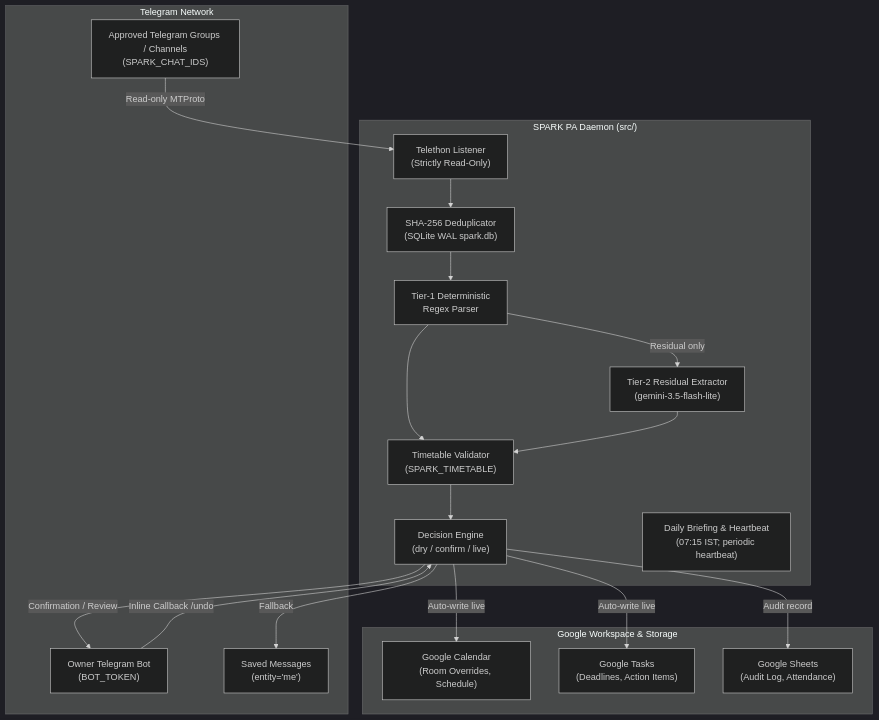
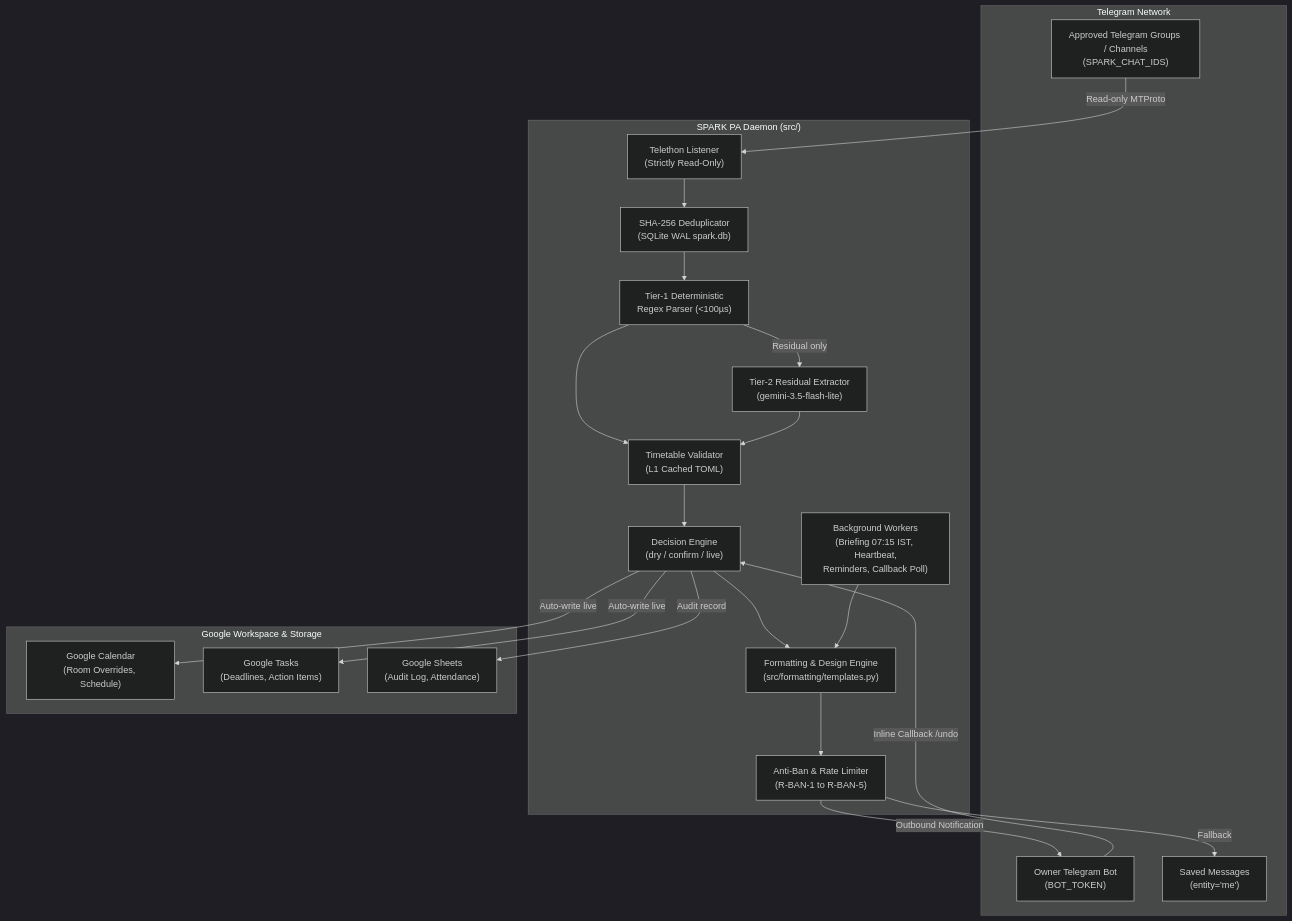
Before and after one commit to tejaswin-amara/chatlens: the first of 3 diagrams in README.md, drawn with Mermaid (dark theme). The commit also changed other lines of this file and 3 other files, not shown here.

Commit message:
docs: update system architecture, universal message formatting, and anti-ban standards

````diff
--- a/README.md
+++ b/README.md
@@ -22,38 +22,43 @@
 ```mermaid
 graph TD
     subgraph Telegram["Telegram Network"]
         TG_Groups["Approved Telegram Groups / Channels<br/>(SPARK_CHAT_IDS)"]
         TG_Bot["Owner Telegram Bot<br/>(BOT_TOKEN)"]
         TG_Me["Saved Messages<br/>(entity='me')"]
     end
 
     subgraph Daemon["SPARK PA Daemon (src/)"]
         Listener["Telethon Listener<br/>(Strictly Read-Only)"]
         Dedupe["SHA-256 Deduplicator<br/>(SQLite WAL spark.db)"]
-        Regex["Tier-1 Deterministic<br/>Regex Parser"]
+        Regex["Tier-1 Deterministic<br/>Regex Parser (<100µs)"]
         Gemini["Tier-2 Residual Extractor<br/>(gemini-3.5-flash-lite)"]
-        Timetable["Timetable Validator<br/>(SPARK_TIMETABLE)"]
+        Timetable["Timetable Validator<br/>(L1 Cached TOML)"]
         Decision["Decision Engine<br/>(dry / confirm / live)"]
-        Scheduler["Daily Briefing & Heartbeat<br/>(07:15 IST; periodic heartbeat)"]
+        Formatting["Formatting & Design Engine<br/>(src/formatting/templates.py)"]
+        AntiBan["Anti-Ban & Rate Limiter<br/>(R-BAN-1 to R-BAN-5)"]
+        Scheduler["Background Workers<br/>(Briefing 07:15 IST, Heartbeat,<br/>Reminders, Callback Poll)"]
     end
 
     subgraph Workspace["Google Workspace & Storage"]
         GCal["Google Calendar<br/>(Room Overrides, Schedule)"]
         GTasks["Google Tasks<br/>(Deadlines, Action Items)"]
         GSheets["Google Sheets<br/>(Audit Log, Attendance)"]
     end
 
     TG_Groups -->|Read-only MTProto| Listener
     Listener --> Dedupe
     Dedupe --> Regex
     Regex -->|Residual only| Gemini
     Regex --> Timetable
     Gemini --> Timetable
     Timetable --> Decision
     Decision -->|Auto-write live| GCal
     Decision -->|Auto-write live| GTasks
     Decision -->|Audit record| GSheets
-    Decision -->|Confirmation / Review| TG_Bot
-    Decision -->|Fallback| TG_Me
+    Decision --> Formatting
+    Scheduler --> Formatting
+    Formatting --> AntiBan
+    AntiBan -->|Outbound Notification| TG_Bot
+    AntiBan -->|Fallback| TG_Me
     TG_Bot -->|Inline Callback /undo| Decision
 ```
````
